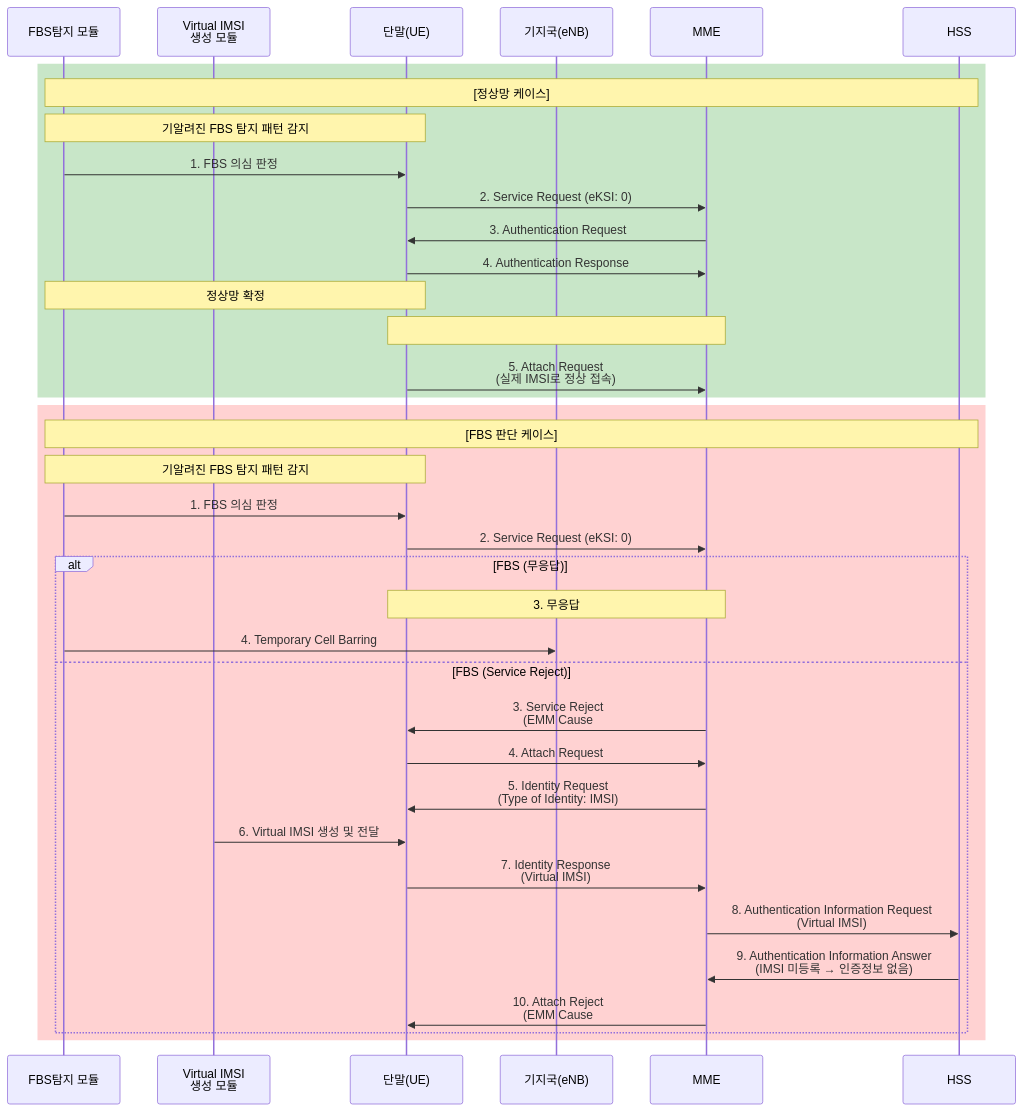
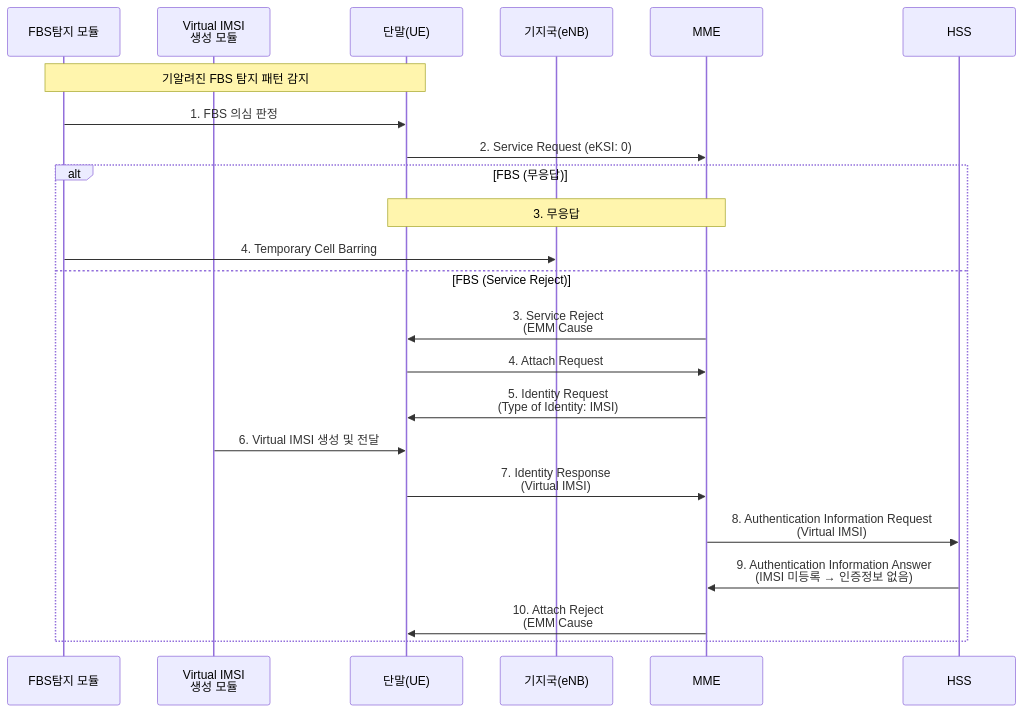
The second of 2 diagrams in sequence.md (brianrobo/new-idea-flow), drawn with Mermaid before and after one commit. The commit also changed other lines of this file, not shown here.

````diff
--- a/sequence.md
+++ b/sequence.md
@@ -1,42 +26,27 @@
 ```mermaid
 sequenceDiagram
     participant FBS as FBS탐지 모듈
     participant VIMSI as Virtual IMSI<br/>생성 모듈
     participant UE as 단말(UE)
     participant eNB as 기지국(eNB)
     participant MME as MME
     participant HSS as HSS
 
-    rect rgb(200, 230, 200)
-        Note over FBS,HSS: [정상망 케이스]
-        Note over FBS,UE: 기알려진 FBS 탐지 패턴 감지
-        FBS->>UE: 1. FBS 의심 판정
-        UE->>MME: 2. Service Request (eKSI: 0)
-        MME->>UE: 3. Authentication Request
-        UE->>MME: 4. Authentication Response
-        Note over FBS,UE: 정상망 확정
-        Note over UE,MME: #2, #8 수신 시 즉시 Re-attach 가능<br/>(#9, #10 외 Re-attach 가능 동작)
-        UE->>MME: 5. Attach Request<br/>(실제 IMSI로 정상 접속)
-    end
+    Note over FBS,UE: 기알려진 FBS 탐지 패턴 감지
+    FBS->>UE: 1. FBS 의심 판정
+    UE->>MME: 2. Service Request (eKSI: 0)
 
-    rect rgb(255, 210, 210)
-        Note over FBS,HSS: [FBS 판단 케이스]
-        Note over FBS,UE: 기알려진 FBS 탐지 패턴 감지
-        FBS->>UE: 1. FBS 의심 판정
-        UE->>MME: 2. Service Request (eKSI: 0)
-
-        alt FBS (무응답)
-            Note over MME,UE: 3. 무응답
-            FBS->>eNB: 4. Temporary Cell Barring
-        else FBS (Service Reject)
-            MME->>UE: 3. Service Reject<br/>(EMM Cause #9 또는 #10)
-            UE->>MME: 4. Attach Request
-            MME->>UE: 5. Identity Request<br/>(Type of Identity: IMSI)
-            VIMSI->>UE: 6. Virtual IMSI 생성 및 전달
-            UE->>MME: 7. Identity Response<br/>(Virtual IMSI)
-            MME->>HSS: 8. Authentication Information Request<br/>(Virtual IMSI)
-            HSS->>MME: 9. Authentication Information Answer<br/>(IMSI 미등록 → 인증정보 없음)
-            MME->>UE: 10. Attach Reject<br/>(EMM Cause #2 또는 #8)
-        end
+    alt FBS (무응답)
+        Note over MME,UE: 3. 무응답
+        FBS->>eNB: 4. Temporary Cell Barring
+    else FBS (Service Reject)
+        MME->>UE: 3. Service Reject<br/>(EMM Cause #9 또는 #10)
+        UE->>MME: 4. Attach Request
+        MME->>UE: 5. Identity Request<br/>(Type of Identity: IMSI)
+        VIMSI->>UE: 6. Virtual IMSI 생성 및 전달
+        UE->>MME: 7. Identity Response<br/>(Virtual IMSI)
+        MME->>HSS: 8. Authentication Information Request<br/>(Virtual IMSI)
+        HSS->>MME: 9. Authentication Information Answer<br/>(IMSI 미등록 → 인증정보 없음)
+        MME->>UE: 10. Attach Reject<br/>(EMM Cause #2 또는 #8)
     end
 ```
````
